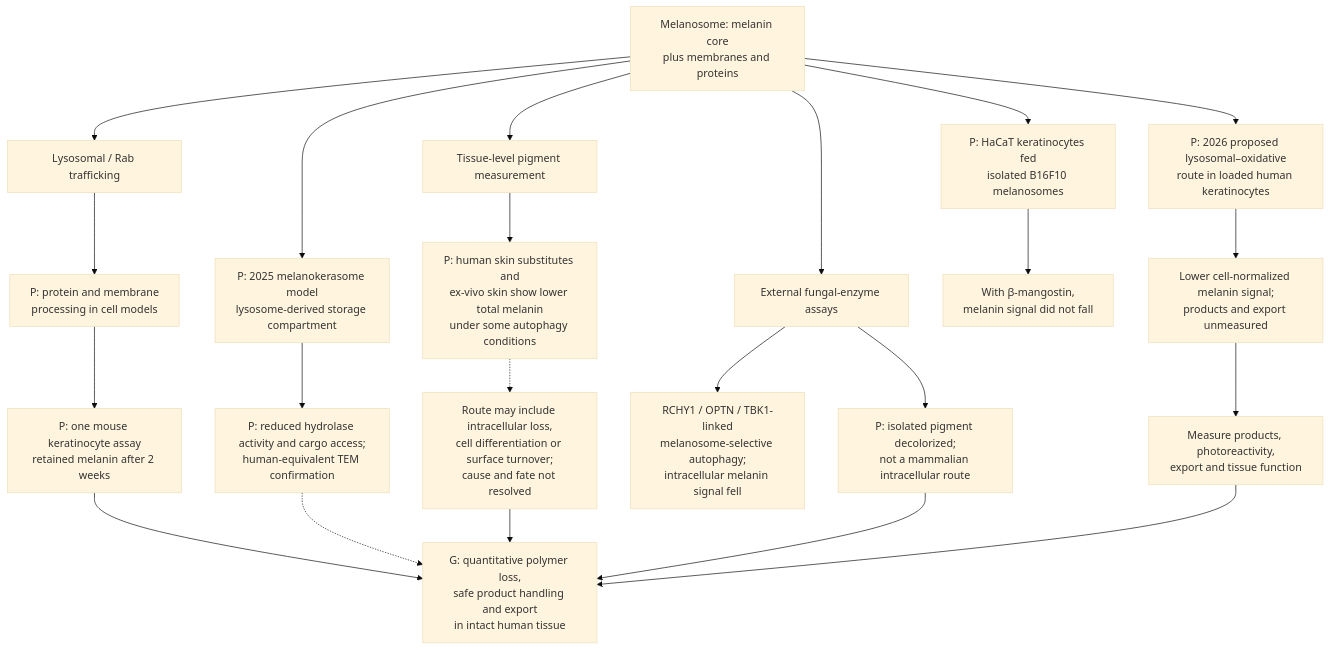
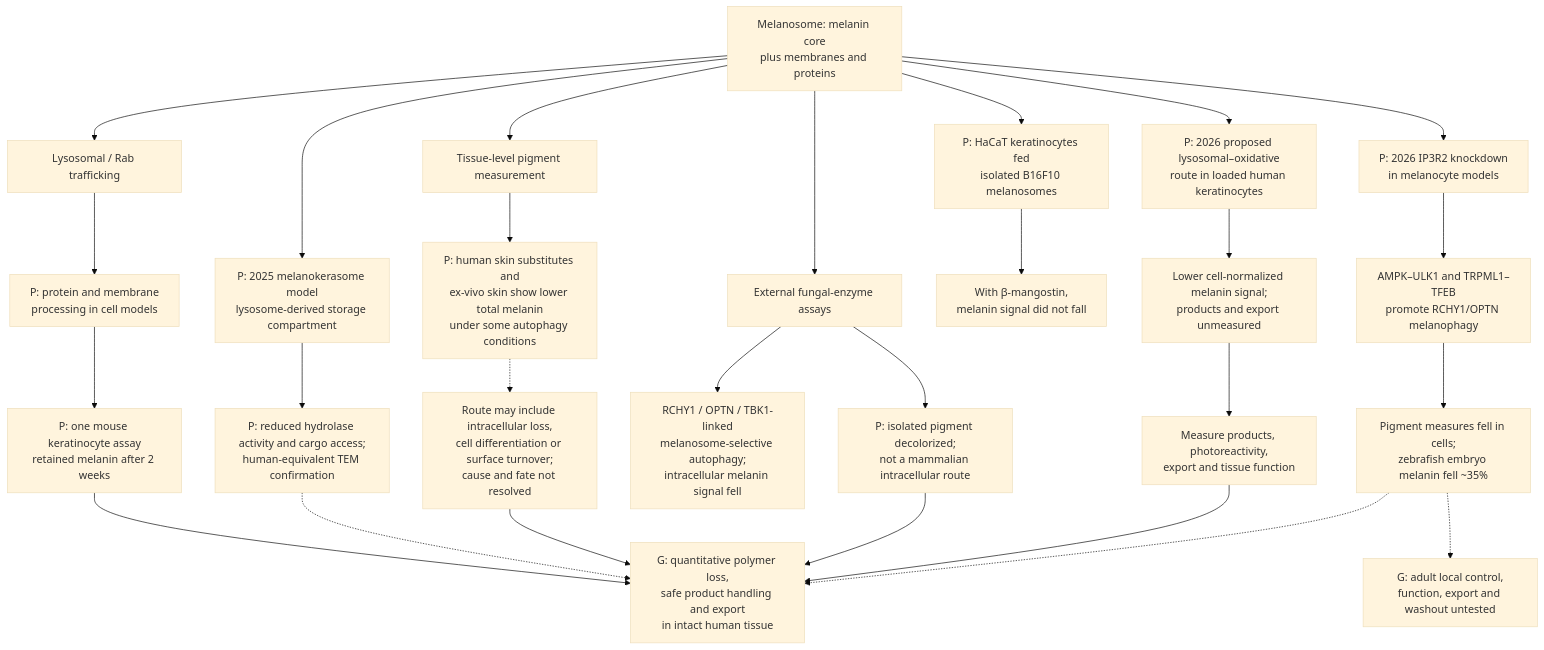
One commit to dylanstechmann/iris-color-without-contacts changed the second of 7 diagrams in research/selective-clearance-framework.md. Above: the diagram before and after it, drawn with Mermaid (base theme). The commit also changed other lines of this file, not shown here.

Commit message:
Add 2026 melanophagy mechanism to clearance framework

````diff
--- a/research/selective-clearance-framework.md
+++ b/research/selective-clearance-framework.md
@@ -38,24 +38,29 @@
 ```mermaid
 flowchart TD
     M["Melanosome: melanin core<br/>plus membranes and proteins"] --> L["Lysosomal / Rab trafficking"]
     L --> P["P: protein and membrane<br/>processing in cell models"]
     P --> C["P: one mouse keratinocyte assay<br/>retained melanin after 2 weeks"]
     M --> S["P: 2025 melanokerasome model<br/>lysosome-derived storage compartment"]
     S --> S2["P: reduced hydrolase activity and cargo access;<br/>human-equivalent TEM confirmation"]
     S2 -.-> G["G: quantitative polymer loss,<br/>safe product handling and export<br/>in intact human tissue"]
     M --> T["Tissue-level pigment measurement"]
     T --> E["P: human skin substitutes and<br/>ex-vivo skin show lower total melanin<br/>under some autophagy conditions"]
     E -.-> U["Route may include intracellular loss,<br/>cell differentiation or surface turnover;<br/>cause and fate not resolved"]
     M --> F["P: 2024 melanophagy<br/>in B16F10 melanoma cells"]
     F --> F1["RCHY1 / OPTN / TBK1-linked<br/>melanosome-selective autophagy;<br/>intracellular melanin signal fell"]
     M --> K["P: HaCaT keratinocytes fed<br/>isolated B16F10 melanosomes"]
     K --> K1["With β-mangostin,<br/>melanin signal did not fall"]
     M --> O["P: 2026 proposed lysosomal–oxidative<br/>route in loaded human keratinocytes"]
     O --> R["Lower cell-normalized melanin signal;<br/>products and export unmeasured"]
     R --> B["Measure products, photoreactivity,<br/>export and tissue function"]
+    M --> I["P: 2026 IP3R2 knockdown<br/>in melanocyte models"]
+    I --> IC["AMPK–ULK1 and TRPML1–TFEB<br/>promote RCHY1/OPTN melanophagy"]
+    IC --> IR["Pigment measures fell in cells;<br/>zebrafish embryo melanin fell ~35%"]
+    IR -.-> G
+    IR -.-> IL["G: adult local control,<br/>function, export and washout untested"]
     F["External fungal-enzyme assays"] --> D["P: isolated pigment decolorized;<br/>not a mammalian intracellular route"]
     C --> G["G: quantitative polymer loss,<br/>safe product handling and export<br/>in intact human tissue"]
     U --> G
     B --> G
     D --> G
 ```
````
